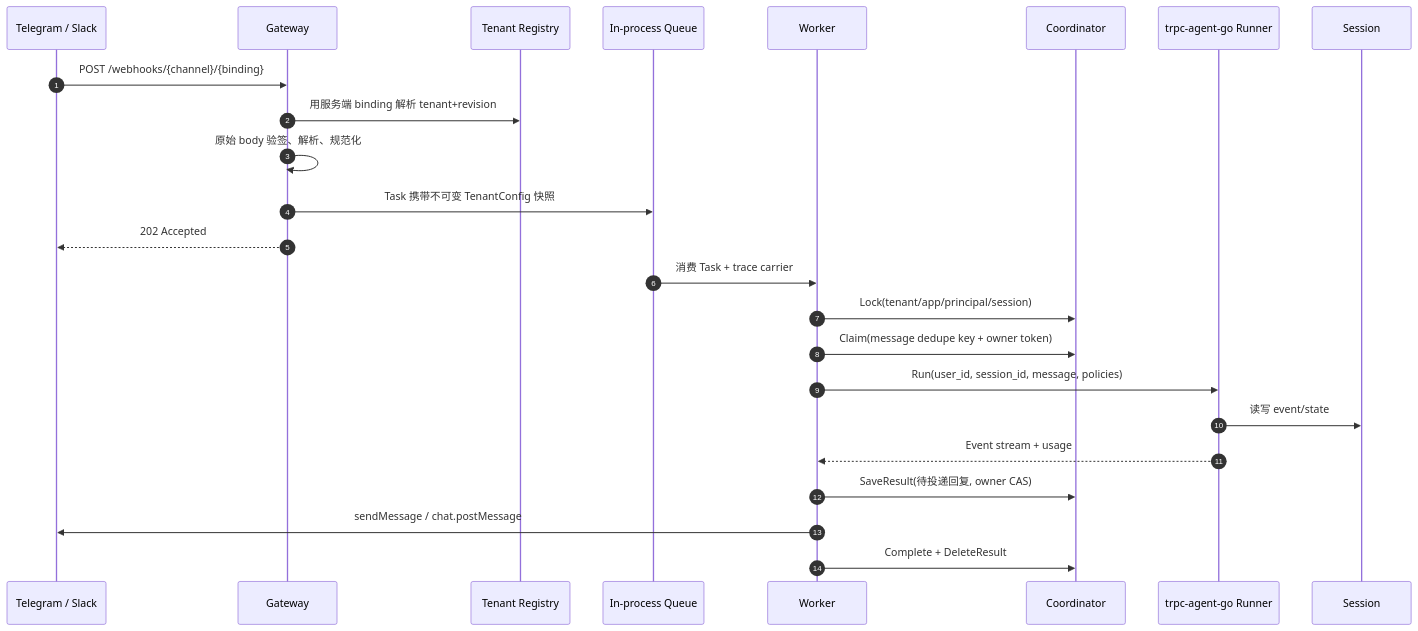
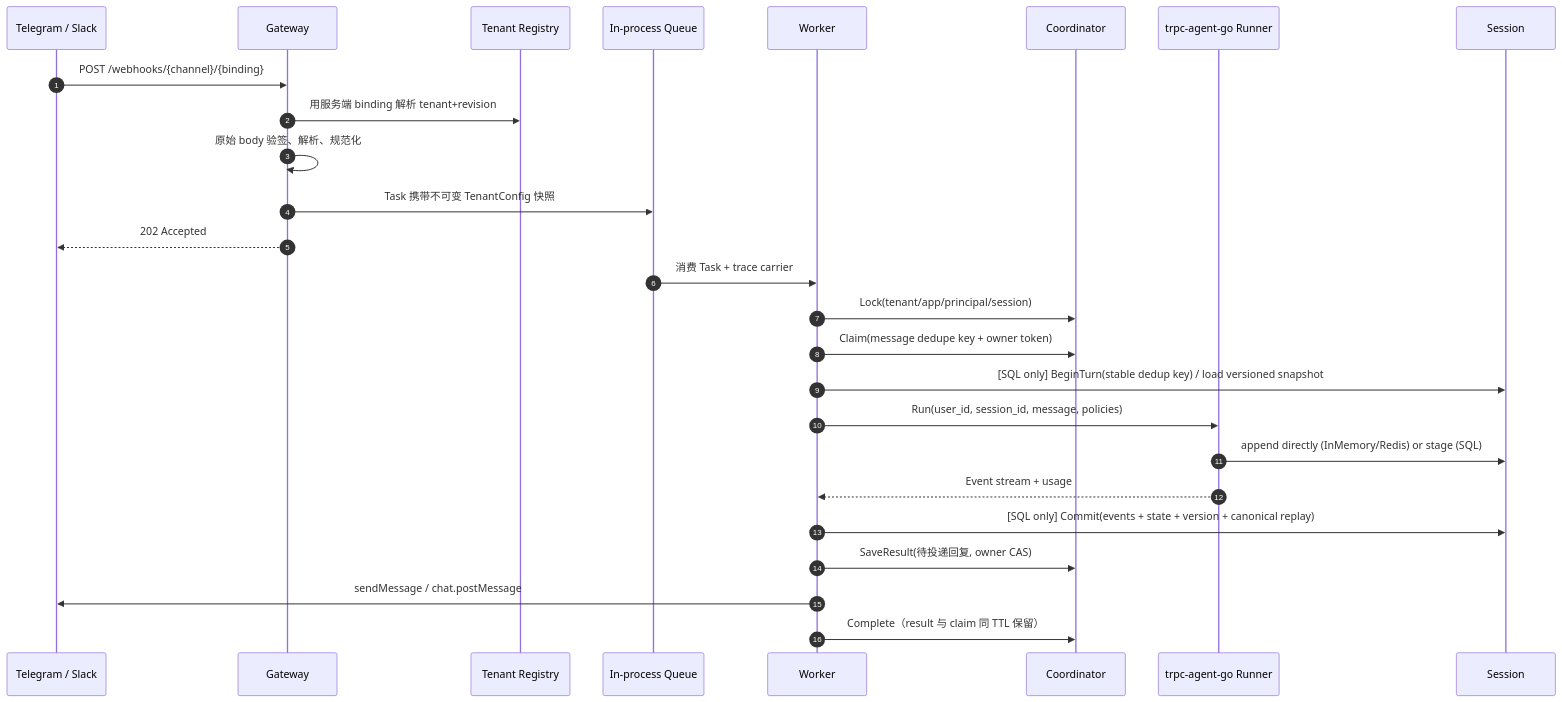
The third of 5 diagrams in docs/architecture.md (cyl6/trpc-agent-service), drawn with Mermaid before and after one commit. The commit also changed other lines of this file and 868 other files, not shown here.

````diff
--- a/docs/architecture.md
+++ b/docs/architecture.md
@@ -150,27 +153,29 @@
 ```mermaid
 sequenceDiagram
     autonumber
     participant IM as Telegram / Slack
     participant G as Gateway
     participant R as Tenant Registry
     participant Q as In-process Queue
     participant W as Worker
     participant C as Coordinator
     participant A as trpc-agent-go Runner
     participant S as Session
 
     IM->>G: POST /webhooks/{channel}/{binding}
     G->>R: 用服务端 binding 解析 tenant+revision
     G->>G: 原始 body 验签、解析、规范化
     G->>Q: Task 携带不可变 TenantConfig 快照
     G-->>IM: 202 Accepted
     Q->>W: 消费 Task + trace carrier
     W->>C: Lock(tenant/app/principal/session)
     W->>C: Claim(message dedupe key + owner token)
+    W->>S: [SQL only] BeginTurn(stable dedup key) / load versioned snapshot
     W->>A: Run(user_id, session_id, message, policies)
-    A->>S: 读写 event/state
+    A->>S: append directly (InMemory/Redis) or stage (SQL)
     A-->>W: Event stream + usage
+    W->>S: [SQL only] Commit(events + state + version + canonical replay)
     W->>C: SaveResult(待投递回复, owner CAS)
     W->>IM: sendMessage / chat.postMessage
-    W->>C: Complete + DeleteResult
+    W->>C: Complete（result 与 claim 同 TTL 保留）
 ```
````
